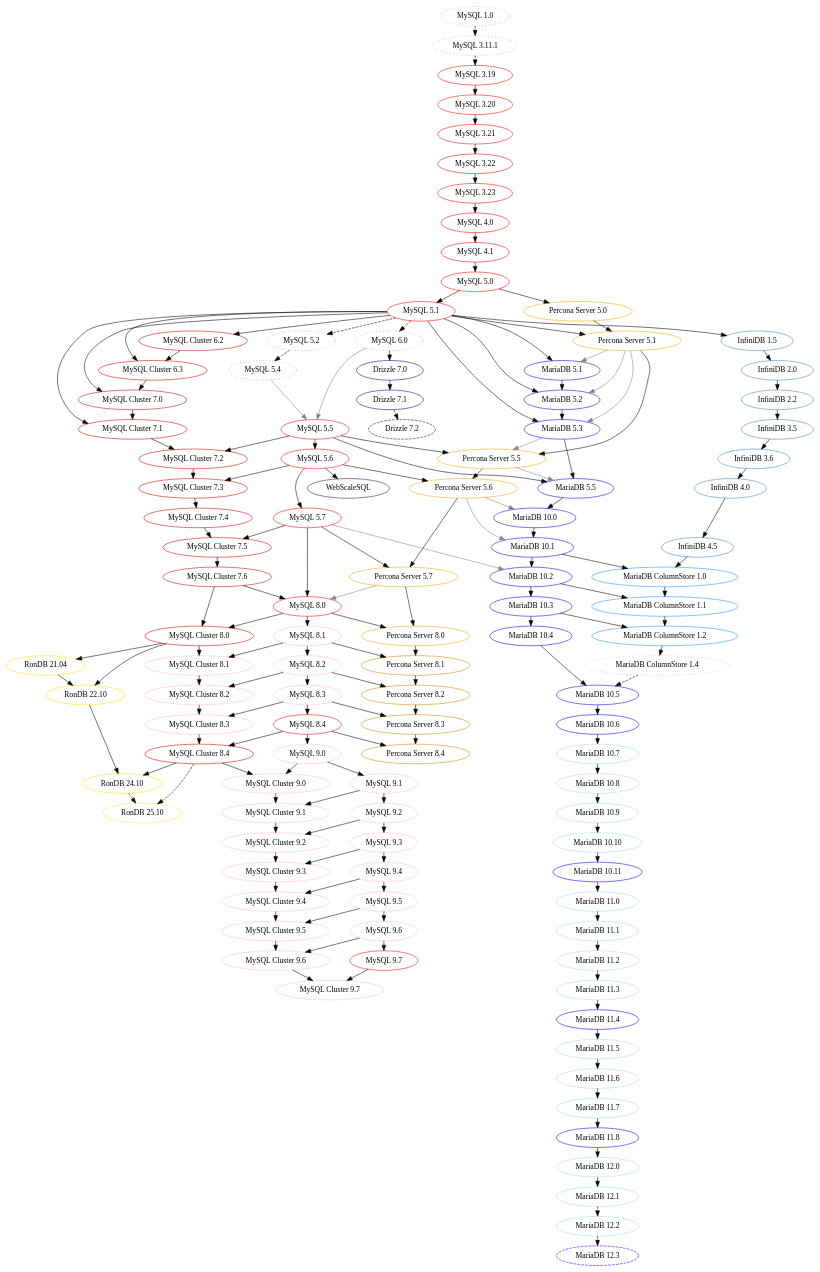
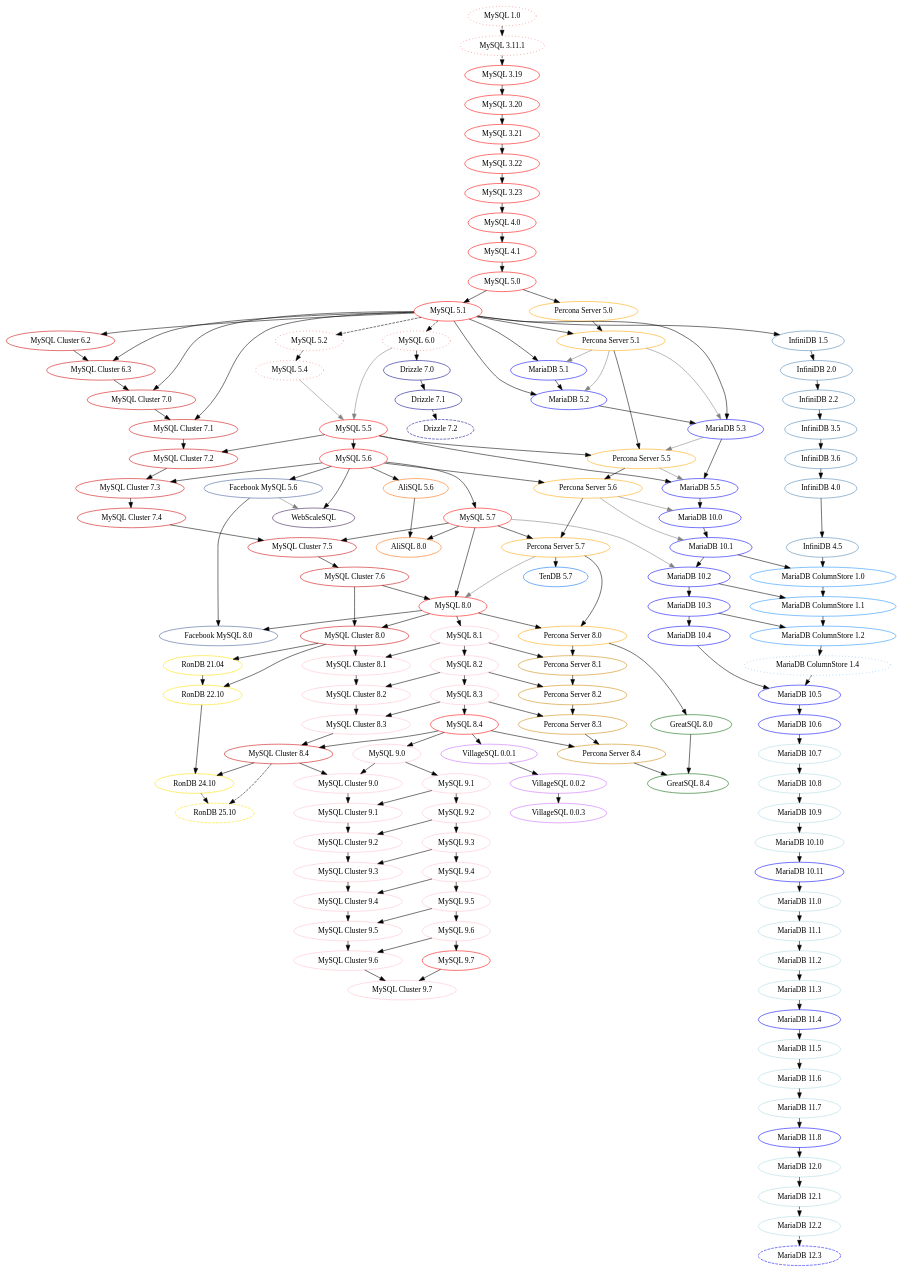
Before and after one commit to dveeden/mysql-history-graph: the diagram in mysql-history-graph.dot, drawn with Graphviz. The commit also changed 2 other files, not shown here.

Commit message:
Add VillageSQL, AliSQL, GreatSQL, TenDB, Facebook MySQL

```diff
--- a/mysql-history-graph.dot
+++ b/mysql-history-graph.dot
@@ -11,6 +11,11 @@
        MariaDB ColumnStore:             dodgerblue
 	   Drizzle: 		                blue4
 	   Percona Server: 	                LTS=orange, Innovation=orange3
+	   GreatSQL:                        darkgreen
+	   AliSQL:                          #ff6a00
+	   Facebook MySQL:                  #3b5998
+	   TenDB:                           #006eff
+	   VillageSQL:						#cc66ff
 	*/
 
 	nodesep=0.5;
@@ -334,4 +339,38 @@
 
 	"WebScaleSQL" [color="#330e50"];
 	"MySQL 5.6" -> "WebScaleSQL";
+
+	/* Facebook MySQL - facebook/mysql-5.6 and facebook/mysql-8.0 branches */
+	"Facebook MySQL 5.6" [color="#3b5998"];
+	"Facebook MySQL 8.0" [color="#3b5998"];
+	"MySQL 5.6" -> "Facebook MySQL 5.6";
+	"MySQL 8.0" -> "Facebook MySQL 8.0";
+	"Facebook MySQL 5.6" -> "WebScaleSQL" [color="grey"]; // Facebook contributed heavily to WebScaleSQL
+	"Facebook MySQL 5.6" -> "Facebook MySQL 8.0";
+
+	/* AliSQL - Alibaba's open-source MySQL fork (github.com/alibaba/AliSQL) */
+	"AliSQL 5.6" [color="#ff6a00"];
+	"AliSQL 8.0" [color="#ff6a00"];
+	"MySQL 5.6" -> "AliSQL 5.6";
+	"MySQL 5.7" -> "AliSQL 8.0";
+	"AliSQL 5.6" -> "AliSQL 8.0";
+
+	/* GreatSQL - fork of Percona Server 8.0, maintained by GreatOpenSource */
+	"GreatSQL 8.0" [color="darkgreen"];
+	"GreatSQL 8.4" [color="darkgreen"];
+	"Percona Server 8.0" -> "GreatSQL 8.0";
+	"Percona Server 8.4" -> "GreatSQL 8.4";
+	"GreatSQL 8.0" -> "GreatSQL 8.4";
+
+	/* TenDB - Tencent Game CROS DBA fork, data layer of TenDB Cluster, based on Percona Server 5.7.20 */
+	"TenDB 5.7" [color="#006eff"];
+	"Percona Server 5.7" -> "TenDB 5.7";
+
+	/* VillageSQL */
+	"VillageSQL 0.0.1" [color="#cc66ff"];
+	"VillageSQL 0.0.2" [color="#cc66ff"];
+	"VillageSQL 0.0.3" [color="#cc66ff"];
+	"MySQL 8.4" -> "VillageSQL 0.0.1";
+	"VillageSQL 0.0.1" -> "VillageSQL 0.0.2";
+	"VillageSQL 0.0.2" -> "VillageSQL 0.0.3";
 }
```
